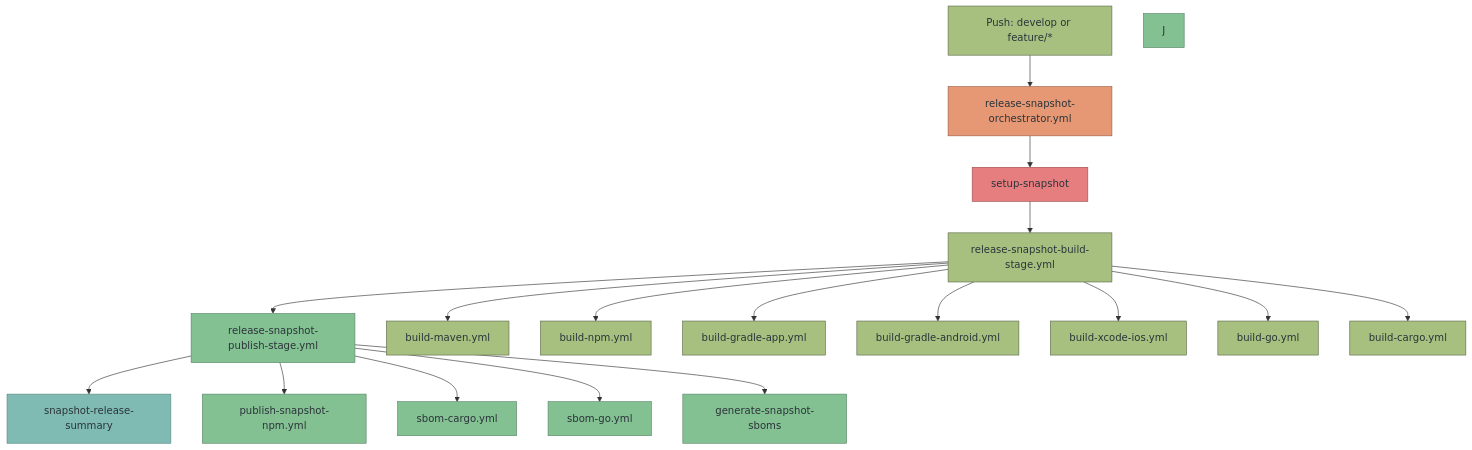
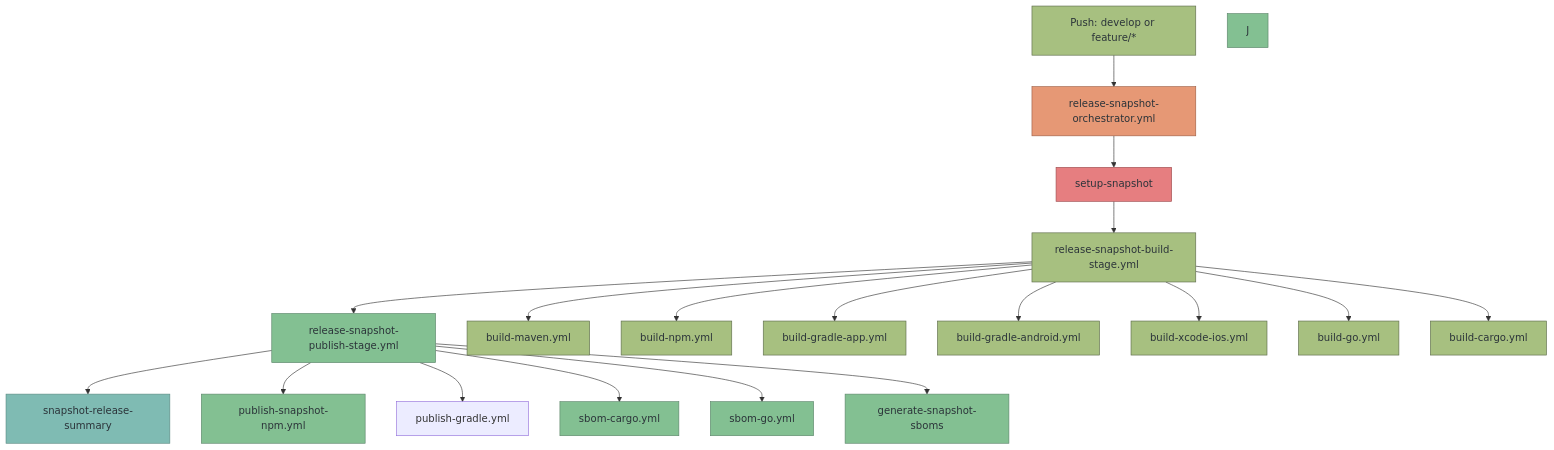
The third of 5 diagrams in docs/workflows.md (diggsweden/reusable-ci), drawn with Mermaid before and after one commit. The commit also changed other lines of this file and 17 other files, not shown here.

````diff
--- a/docs/workflows.md
+++ b/docs/workflows.md
@@ -241,40 +243,41 @@
 ```mermaid
 graph TD
     A[Push: develop or feature/*] --> B[release-snapshot-orchestrator.yml]
     B --> C[setup-snapshot]
     C --> D[release-snapshot-build-stage.yml]
     D --> E[release-snapshot-publish-stage.yml]
     E --> F[snapshot-release-summary]
 
     D --> G[build-maven.yml]
     D --> H[build-npm.yml]
     D --> I[build-gradle-app.yml]
     D --> I2[build-gradle-android.yml]
     D --> I3[build-xcode-ios.yml]
     D --> I4[build-go.yml]
     D --> I5[build-cargo.yml]
 
     E --> K[publish-snapshot-npm.yml]
+    E --> K2[publish-gradle.yml]
     E --> L[sbom-cargo.yml]
     E --> L2[sbom-go.yml]
     E --> M[generate-snapshot-sboms]
 
     style A fill:#a7c080,stroke:#5c6a4a,color:#2b3339
     style B fill:#e69875,stroke:#9d5c41,color:#2b3339
     style C fill:#e67e80,stroke:#9d4f50,color:#2b3339
     style D fill:#a7c080,stroke:#5c6a4a,color:#2b3339
     style E fill:#83c092,stroke:#5c856a,color:#2b3339
     style F fill:#7fbbb3,stroke:#5a8a82,color:#2b3339
     style G fill:#a7c080,stroke:#5c6a4a,color:#2b3339
     style H fill:#a7c080,stroke:#5c6a4a,color:#2b3339
     style I fill:#a7c080,stroke:#5c6a4a,color:#2b3339
     style I2 fill:#a7c080,stroke:#5c6a4a,color:#2b3339
     style I3 fill:#a7c080,stroke:#5c6a4a,color:#2b3339
     style I4 fill:#a7c080,stroke:#5c6a4a,color:#2b3339
     style I5 fill:#a7c080,stroke:#5c6a4a,color:#2b3339
     style J fill:#83c092,stroke:#5c856a,color:#2b3339
     style K fill:#83c092,stroke:#5c856a,color:#2b3339
     style L fill:#83c092,stroke:#5c856a,color:#2b3339
     style L2 fill:#83c092,stroke:#5c856a,color:#2b3339
     style M fill:#83c092,stroke:#5c856a,color:#2b3339
 ```
````
